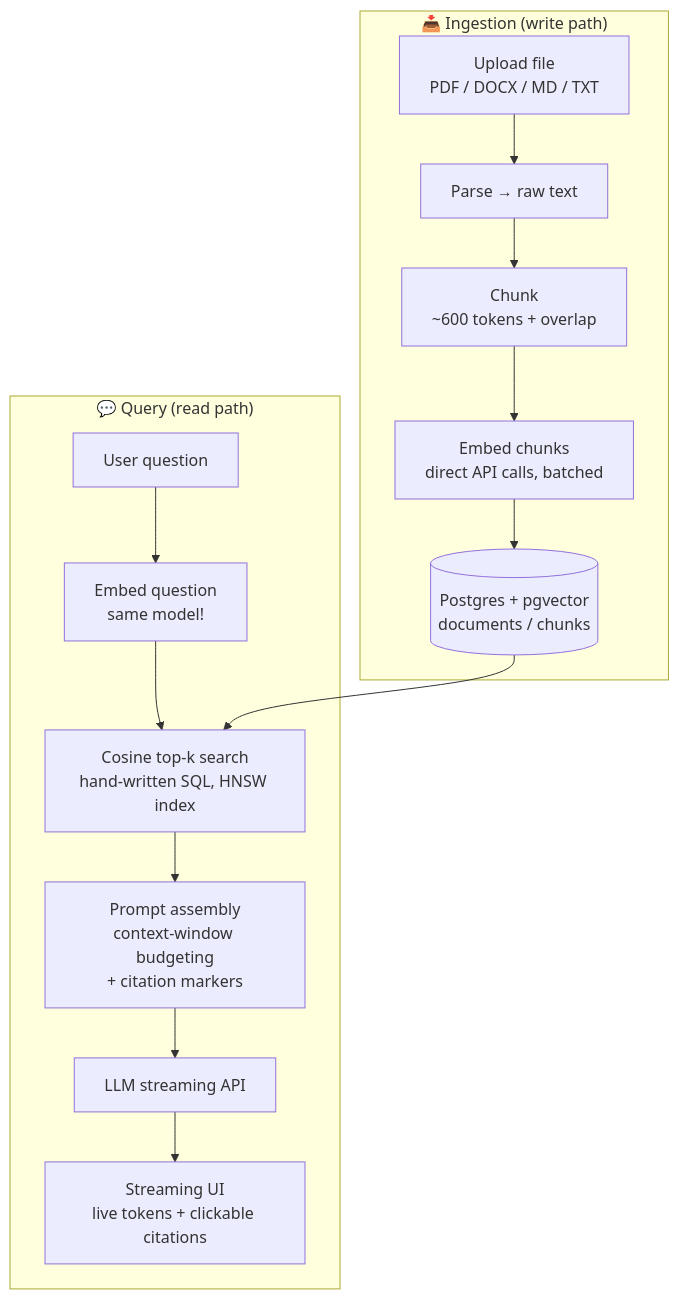
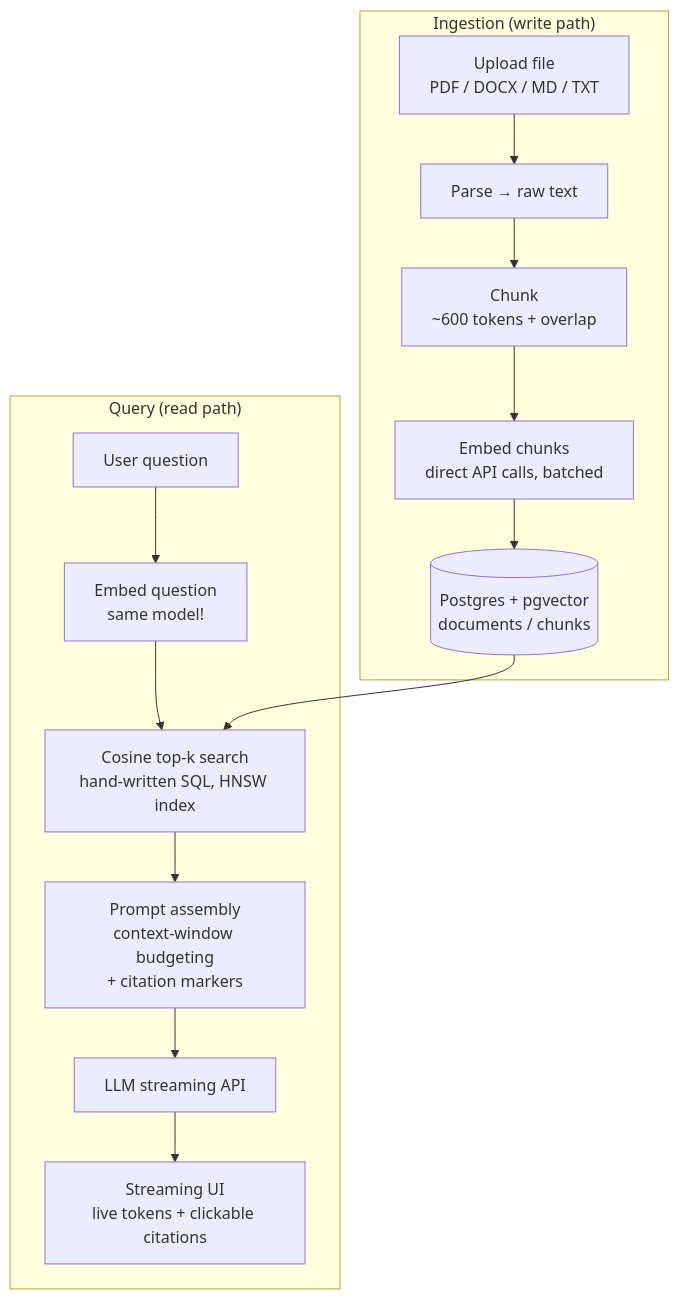
Before and after one commit to MadhuVarshaP/RAG-document-chat-app: the diagram in README.md, drawn with Mermaid. The commit also changed other lines of this file, not shown here.

````diff
--- a/README.md
+++ b/README.md
@@ -19,18 +19,18 @@
 ```mermaid
 flowchart TD
-    subgraph Ingestion ["📥 Ingestion (write path)"]
+    subgraph Ingestion ["Ingestion (write path)"]
         U[Upload file<br/>PDF / DOCX / MD / TXT] --> P[Parse → raw text]
         P --> C[Chunk<br/>~600 tokens + overlap]
         C --> E1[Embed chunks<br/>direct API calls, batched]
         E1 --> S[(Postgres + pgvector<br/>documents / chunks)]
     end
 
-    subgraph Query ["💬 Query (read path)"]
+    subgraph Query ["Query (read path)"]
         Q[User question] --> E2[Embed question<br/>same model!]
         E2 --> VS[Cosine top-k search<br/>hand-written SQL, HNSW index]
         S --> VS
         VS --> PA[Prompt assembly<br/>context-window budgeting<br/>+ citation markers]
         PA --> L[LLM streaming API]
         L --> UI[Streaming UI<br/>live tokens + clickable citations]
     end
 ```
````
